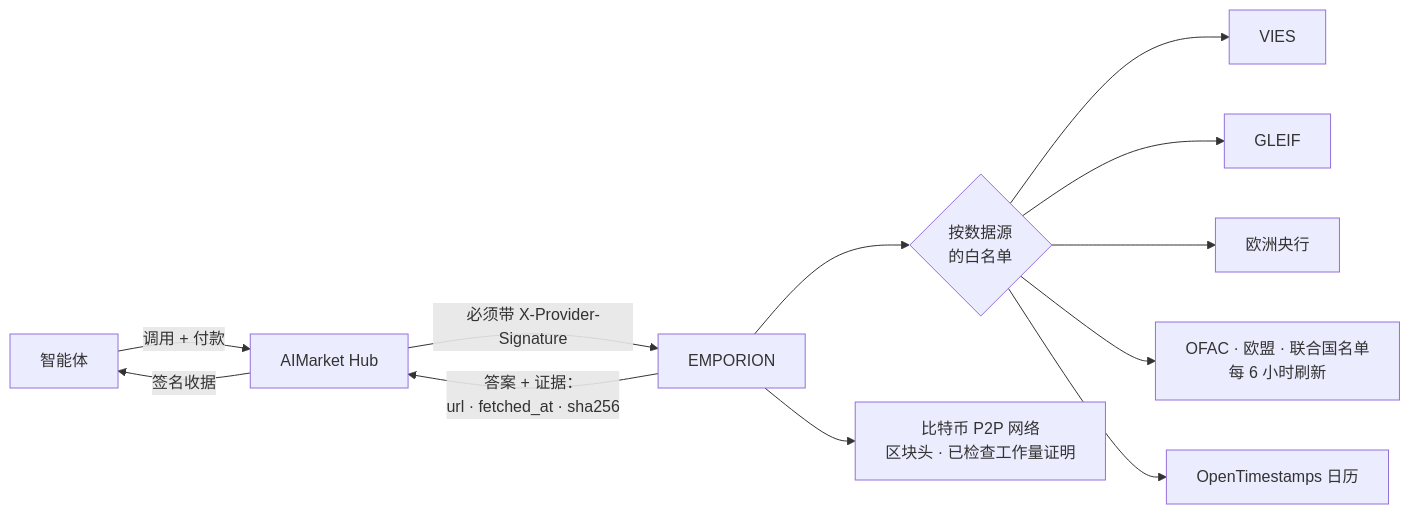
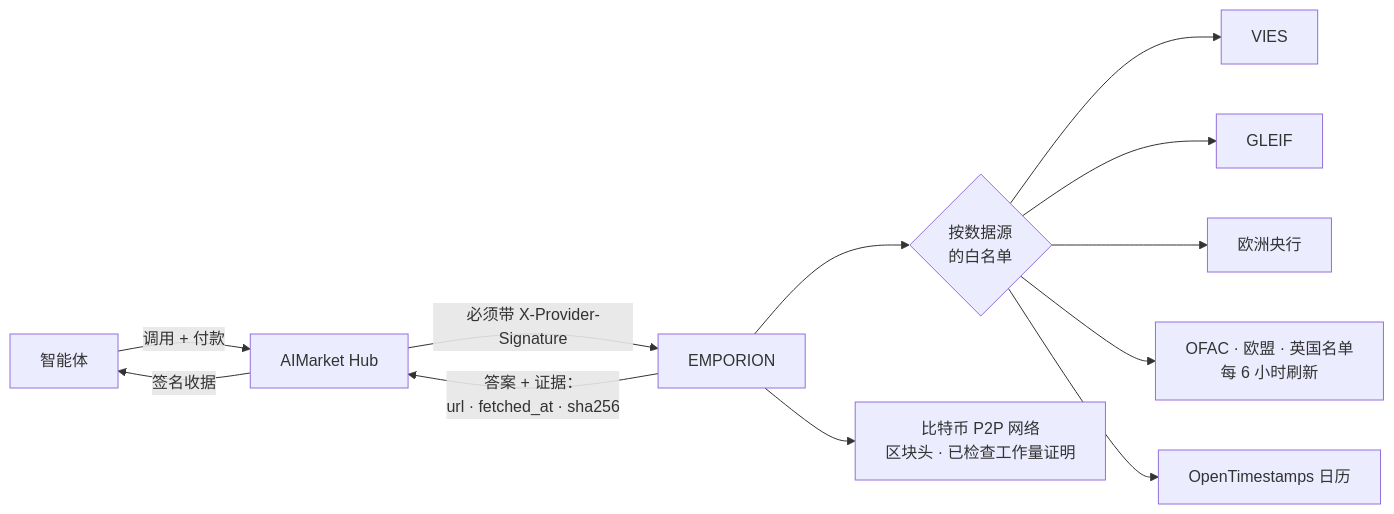
The first of 3 diagrams in README.zh.md (alexar76/emporion), drawn with Mermaid before and after one commit. The commit also changed other lines of this file and 19 other files, not shown here.

````diff
--- a/README.zh.md
+++ b/README.zh.md
@@ -53,14 +53,14 @@
 ```mermaid
 flowchart LR
     A[智能体] -->|调用 + 付款| H[AIMarket Hub]
     H -->|必须带 X-Provider-Signature| E[EMPORION]
     E --> N{按数据源<br/>的白名单}
     N --> V[VIES]
     N --> G[GLEIF]
     N --> C[欧洲央行]
-    N --> S[OFAC · 欧盟 · 联合国名单<br/>每 6 小时刷新]
+    N --> S[OFAC · 欧盟 · 英国名单<br/>每 6 小时刷新]
     N --> O[OpenTimestamps 日历]
     E --> X[比特币 P2P 网络<br/>区块头 · 已检查工作量证明]
     E -->|答案 + 证据：<br/>url · fetched_at · sha256| H
     H -->|签名收据| A
 ```
````
